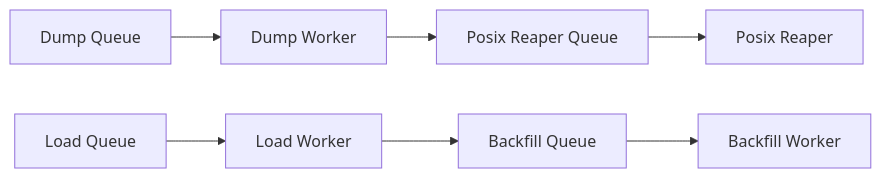
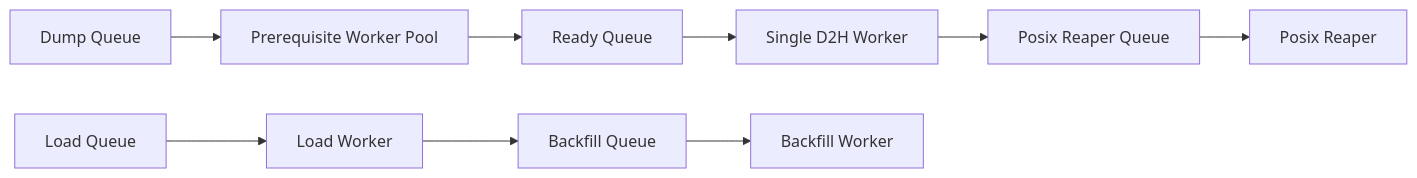
The eighth of 8 diagrams in yuanrong_store_adaptation_design.md (dante159753/unified-cache-management), drawn with Mermaid before and after one commit. The commit also changed other lines of this file and 9 other files, not shown here.

````diff
--- a/yuanrong_store_adaptation_design.md
+++ b/yuanrong_store_adaptation_design.md
@@ -812,10 +813,12 @@
 ```mermaid
 flowchart LR
-    DQ[Dump Queue] --> DW[Dump Worker]
+    DQ[Dump Queue] --> PP[Prerequisite Worker Pool]
+    PP --> RQ[Ready Queue]
+    RQ --> DW[Single D2H Worker]
     DW --> PR[Posix Reaper Queue]
     PR --> PW[Posix Reaper]
 
     LQ[Load Queue] --> LW[Load Worker]
     LW --> BQ[Backfill Queue]
     BQ --> BW[Backfill Worker]
 ```
````
